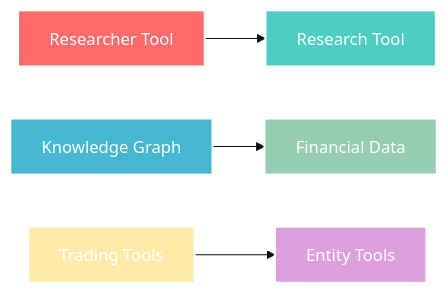
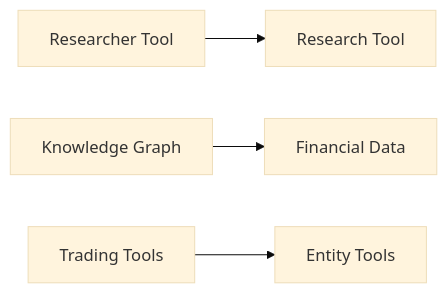
The first of 2 diagrams in README.md (arneesh/mcp-autonomous-traders), drawn with Mermaid (base theme) before and after one commit. The commit also changed other lines of this file and 2 other files, not shown here.

````diff
--- a/README.md
+++ b/README.md
@@ -81,13 +81,6 @@
 ```mermaid
 graph LR
     A[Researcher Tool] --> B[Research Tool]
     C[Knowledge Graph] --> D[Financial Data]
     E[Trading Tools] --> F[Entity Tools]
-
-    style A fill:#ff6b6b,stroke:#fff,stroke-width:2px,color:#fff
-    style B fill:#4ecdc4,stroke:#fff,stroke-width:2px,color:#fff
-    style C fill:#45b7d1,stroke:#fff,stroke-width:2px,color:#fff
-    style D fill:#96ceb4,stroke:#fff,stroke-width:2px,color:#fff
-    style E fill:#ffeaa7,stroke:#fff,stroke-width:2px,color:#fff
-    style F fill:#dda0dd,stroke:#fff,stroke-width:2px,color:#fff
 ```
````
